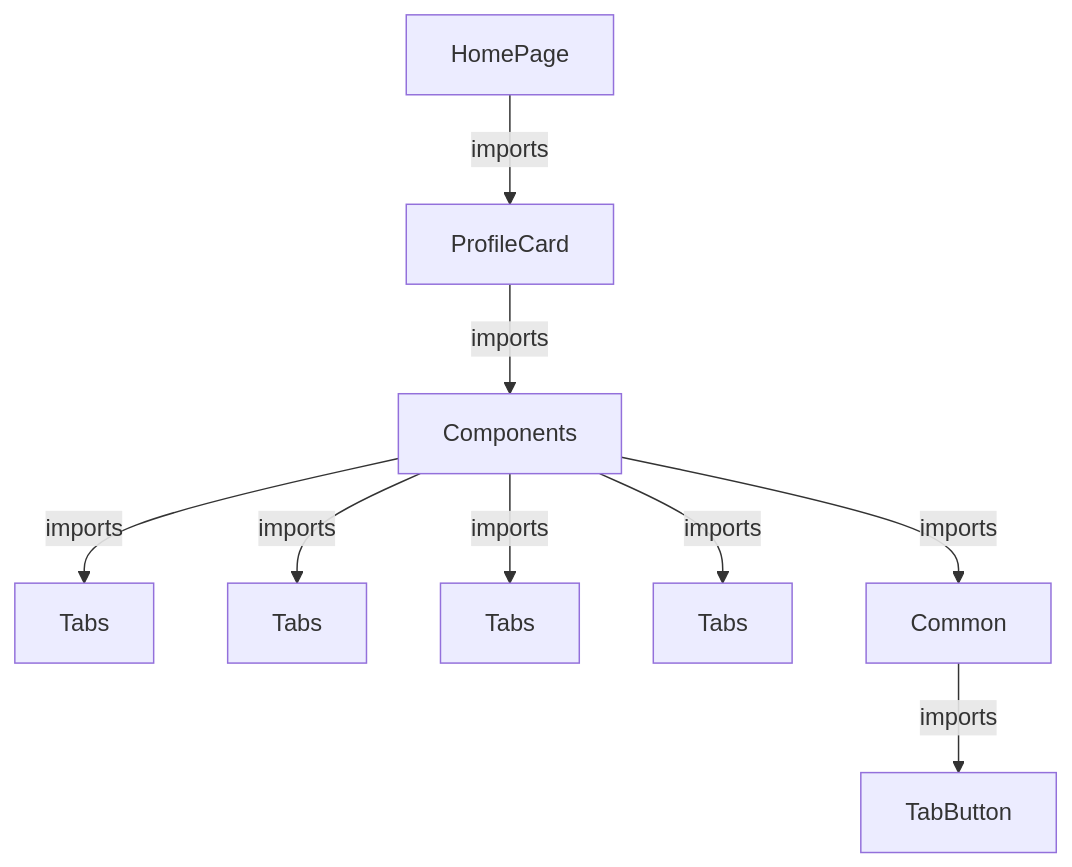
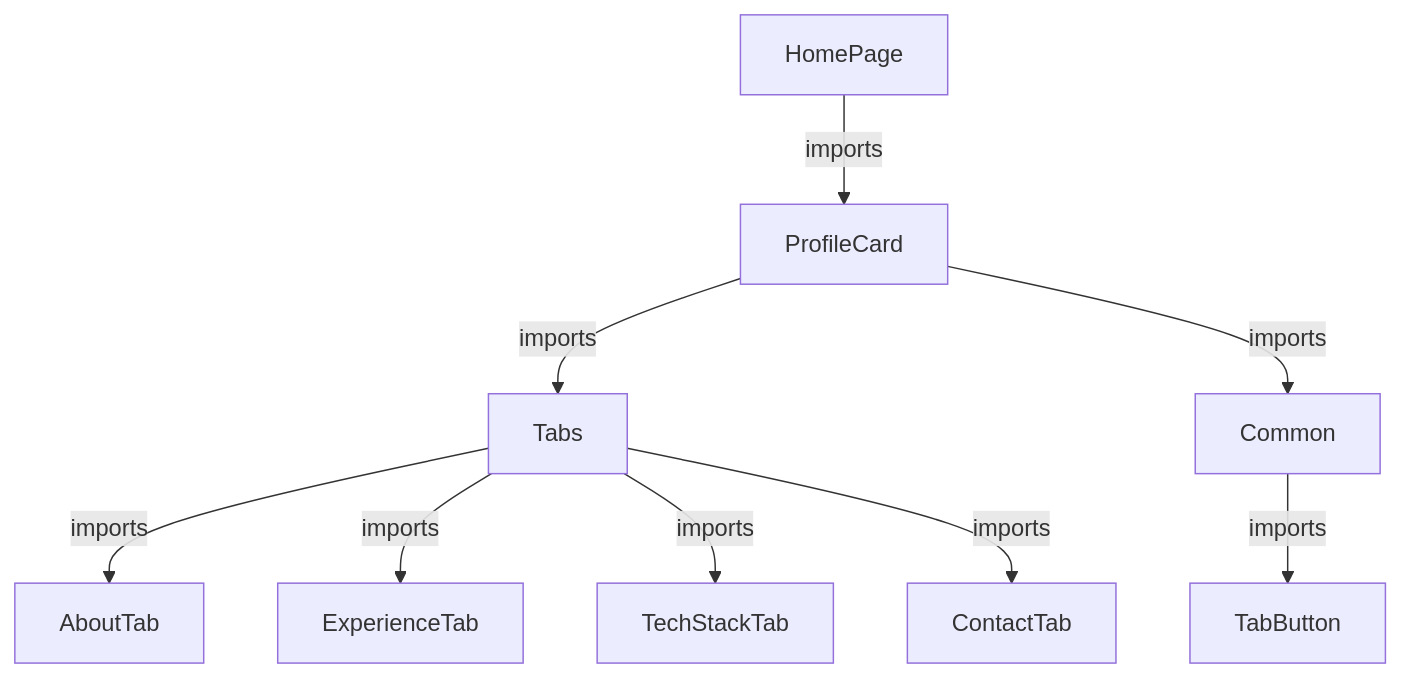
Before and after one commit to Chen-Abudi/my-profile-card: the first of 2 diagrams in README.md, drawn with Mermaid. The commit also changed other lines of this file, not shown here.

````diff
--- a/README.md
+++ b/README.md
@@ -44,13 +44,13 @@
 ```mermaid
 
 flowchart TD
   A[HomePage] -->|imports| B[ProfileCard]
-  B -->|imports| C[Components]
-  C -->|imports| D[Tabs]
-  C -->|imports| E[Tabs]
-  C -->|imports| F[Tabs]
-  C -->|imports| G[Tabs]
-  C -->|imports| H[Common]
+  B -->|imports| C[Tabs]
+  C -->|imports| D[AboutTab]
+  C -->|imports| E[ExperienceTab]
+  C -->|imports| F[TechStackTab]
+  C -->|imports| G[ContactTab]
+  B -->|imports| H[Common]
   H -->|imports| I[TabButton]
 
 ```
````
